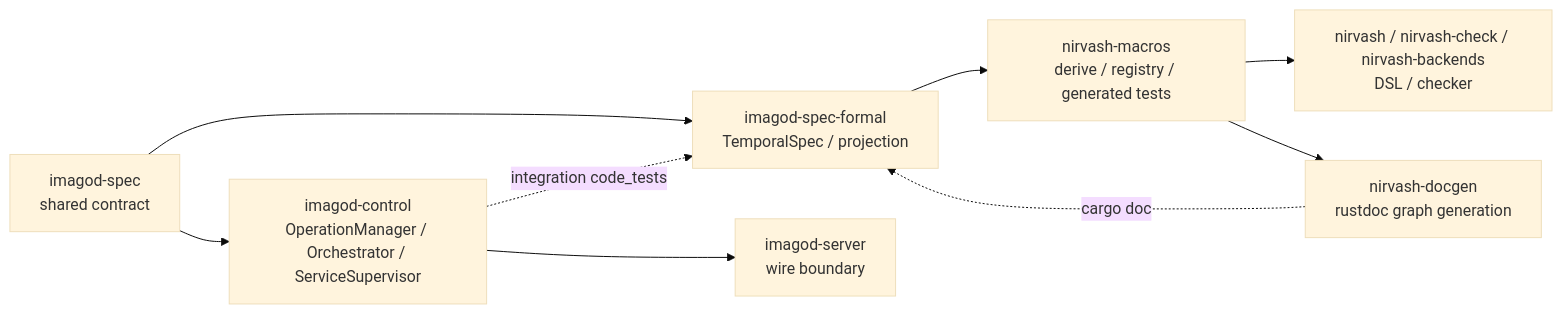
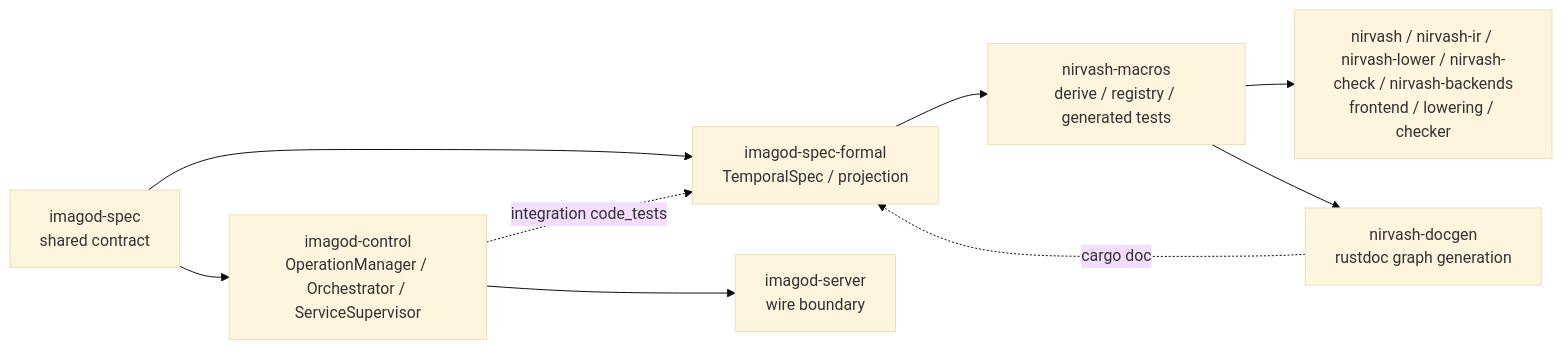
One commit to yieldspace/imago changed the first of 5 diagrams in docs/nirvash-and-imagod-control.md. Above: the diagram before and after it, drawn with Mermaid (base theme). The commit also changed other lines of this file and 153 other files, not shown here.

````diff
--- a/docs/nirvash-and-imagod-control.md
+++ b/docs/nirvash-and-imagod-control.md
@@ -8,11 +8,11 @@
 ```mermaid
 flowchart LR
     A["imagod-spec<br/>shared contract"] --> B["imagod-spec-formal<br/>TemporalSpec / projection"]
     B --> C["nirvash-macros<br/>derive / registry / generated tests"]
-    C --> D["nirvash / nirvash-check / nirvash-backends<br/>DSL / checker"]
+    C --> D["nirvash / nirvash-ir / nirvash-lower / nirvash-check / nirvash-backends<br/>frontend / lowering / checker"]
     C --> E["nirvash-docgen<br/>rustdoc graph generation"]
     A --> F["imagod-control<br/>OperationManager / Orchestrator / ServiceSupervisor"]
     F --> G["imagod-server<br/>wire boundary"]
     F -. "integration code_tests" .-> B
     E -. "cargo doc" .-> B
 ```
````
